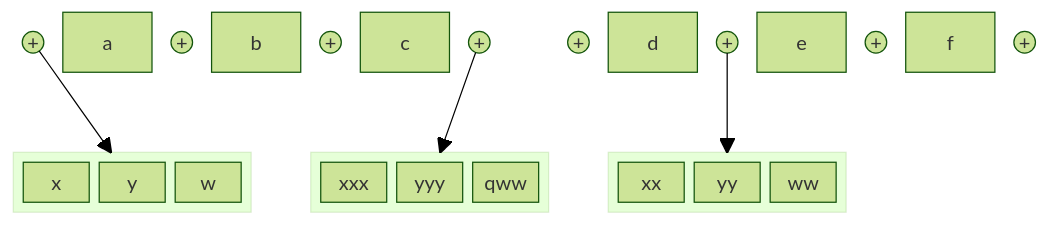
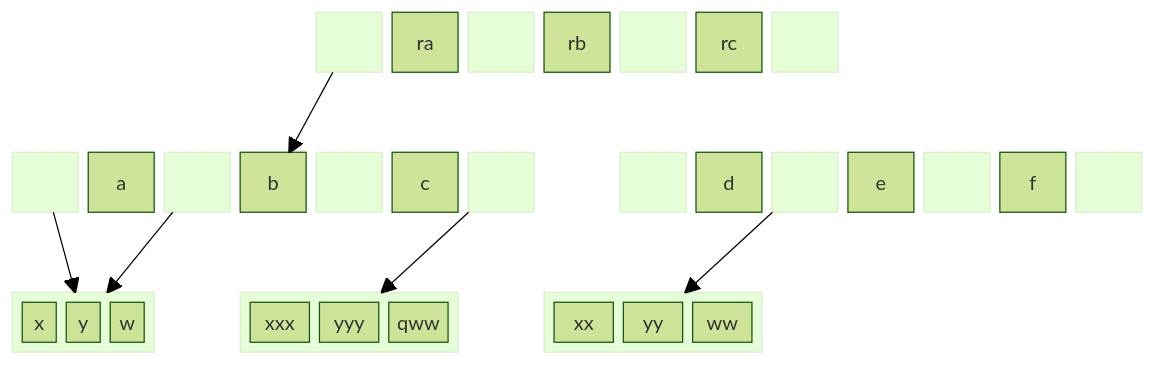
One commit to BenhurUFSM/pod26b changed the diagram in Assuntos/busca-ext.md. Above: the diagram before and after it, drawn with Mermaid (forest theme).

````diff
--- a/Assuntos/busca-ext.md
+++ b/Assuntos/busca-ext.md
@@ -1,16 +1,23 @@
 ```mermaid
 block
-columns 21
-l1(("+")) a:2 l2(("+")) b:2 l3(("+")) c:2 l4(("+"))
+columns 15
+space:4
+block:rl1 space end ra block:rl2 space end rb block:rl3 space end rc block:rl4 space end
+space:4
+space:15
+block:l1 space end a block:l2 space end b block:l3 space end c block:l4 space end
 space
-dl1(("+")) d:2 dl2(("+")) e["e"]:2 dl3(("+")) f:2 dl4(("+"))
-space:21
-block:z:5 x y w end
+block:dl1 space end d block:dl2 space end e block:dl3 space end f block:dl4 space end
+%%dl1(("+")) d:2 dl2(("+")) e["e"]:2 dl3(("+")) f:2 dl4(("+"))
+space:15
+block:z:2 x y w end
 space
-block:zzz:5 xxx yyy qww end
+block:zzz:3 xxx yyy qww end
 space
-block:zz:5 xx yy ww end
+block:zz:3 xx yy ww end
+rl1-->b
 l1-->z
 l4-->zzz
+l2-->z
 dl2-->zz
 ```
````
